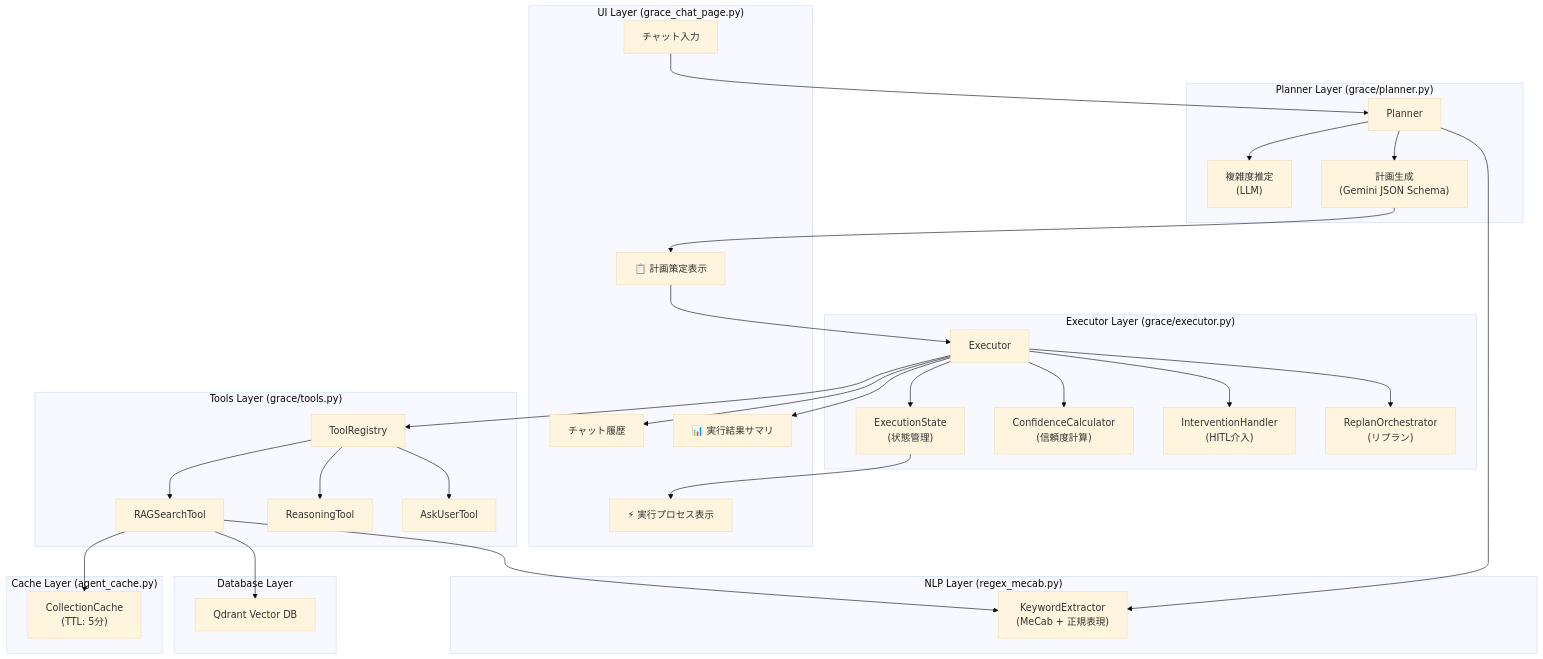
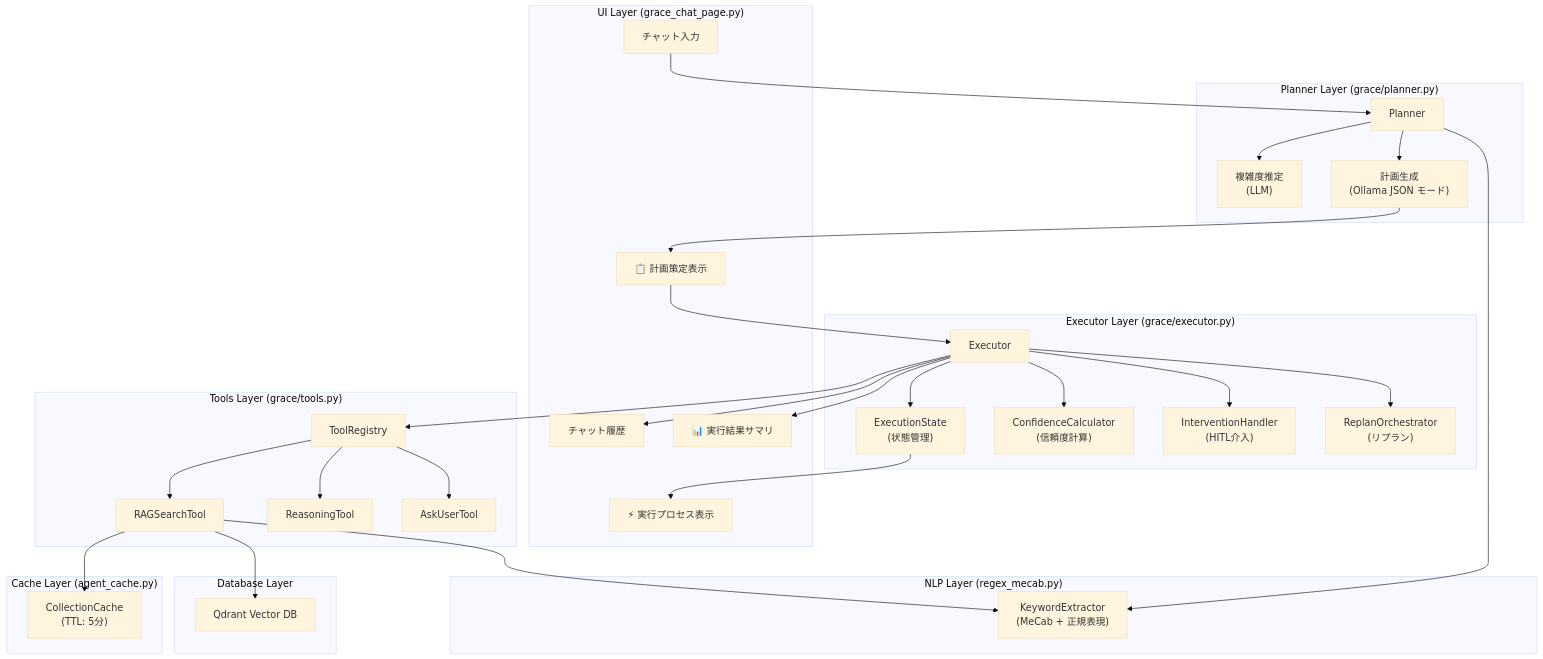
Before and after one commit to nakashima2toshio/ollama_grace_agent_v2: the first of 13 diagrams in README.md, drawn with Mermaid (base theme). The commit also changed other lines of this file, not shown here.

First line of the commit message:
docs(README): adapt copied README to the Ollama edition

````diff
--- a/README.md
+++ b/README.md
@@ -101,64 +100,64 @@
 ```mermaid
 flowchart TB
     subgraph UI["UI Layer (grace_chat_page.py)"]
         ChatInput["チャット入力"]
         ChatHistory["チャット履歴"]
         PlanView["📋 計画策定表示"]
         ExecView["⚡ 実行プロセス表示"]
         ResultView["📊 実行結果サマリ"]
     end
 
     subgraph Planner_Layer["Planner Layer (grace/planner.py)"]
         Planner["Planner"]
         ComplexityEstimator["複雑度推定<br/>(LLM)"]
-        PlanGeneration["計画生成<br/>(Gemini JSON Schema)"]
+        PlanGeneration["計画生成<br/>(Ollama JSON モード)"]
     end
 
     subgraph Executor_Layer["Executor Layer (grace/executor.py)"]
         Executor["Executor"]
         StateManager["ExecutionState<br/>(状態管理)"]
         ConfCalc["ConfidenceCalculator<br/>(信頼度計算)"]
         IntHandler["InterventionHandler<br/>(HITL介入)"]
         ReplanOrch["ReplanOrchestrator<br/>(リプラン)"]
     end
 
     subgraph Tools["Tools Layer (grace/tools.py)"]
         ToolRegistry["ToolRegistry"]
         RAGSearch["RAGSearchTool"]
         Reasoning["ReasoningTool"]
         AskUser["AskUserTool"]
     end
 
     subgraph Cache["Cache Layer (agent_cache.py)"]
         CollectionCache["CollectionCache<br/>(TTL: 5分)"]
     end
 
     subgraph NLP["NLP Layer (regex_mecab.py)"]
         KeywordExtractor["KeywordExtractor<br/>(MeCab + 正規表現)"]
     end
 
     subgraph DB["Database Layer"]
         Qdrant["Qdrant Vector DB"]
     end
 
     ChatInput --> Planner
     Planner --> ComplexityEstimator
     Planner --> PlanGeneration
     PlanGeneration --> PlanView
     PlanView --> Executor
     Executor --> StateManager
     Executor --> ConfCalc
     Executor --> IntHandler
     Executor --> ReplanOrch
     Executor --> ToolRegistry
     ToolRegistry --> RAGSearch
     ToolRegistry --> Reasoning
     ToolRegistry --> AskUser
     RAGSearch --> CollectionCache
     RAGSearch --> Qdrant
     Planner --> KeywordExtractor
     RAGSearch --> KeywordExtractor
     StateManager --> ExecView
     Executor --> ResultView
     Executor --> ChatHistory
 ```
````
